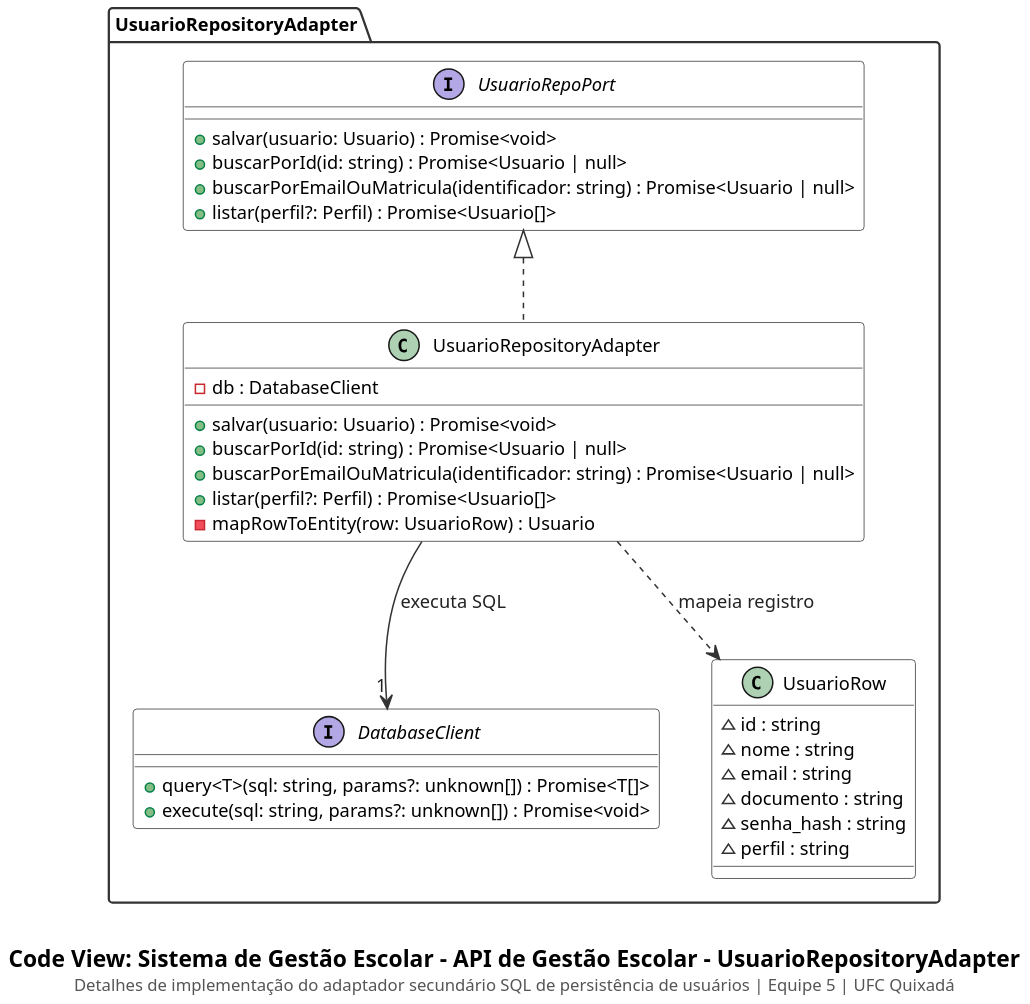
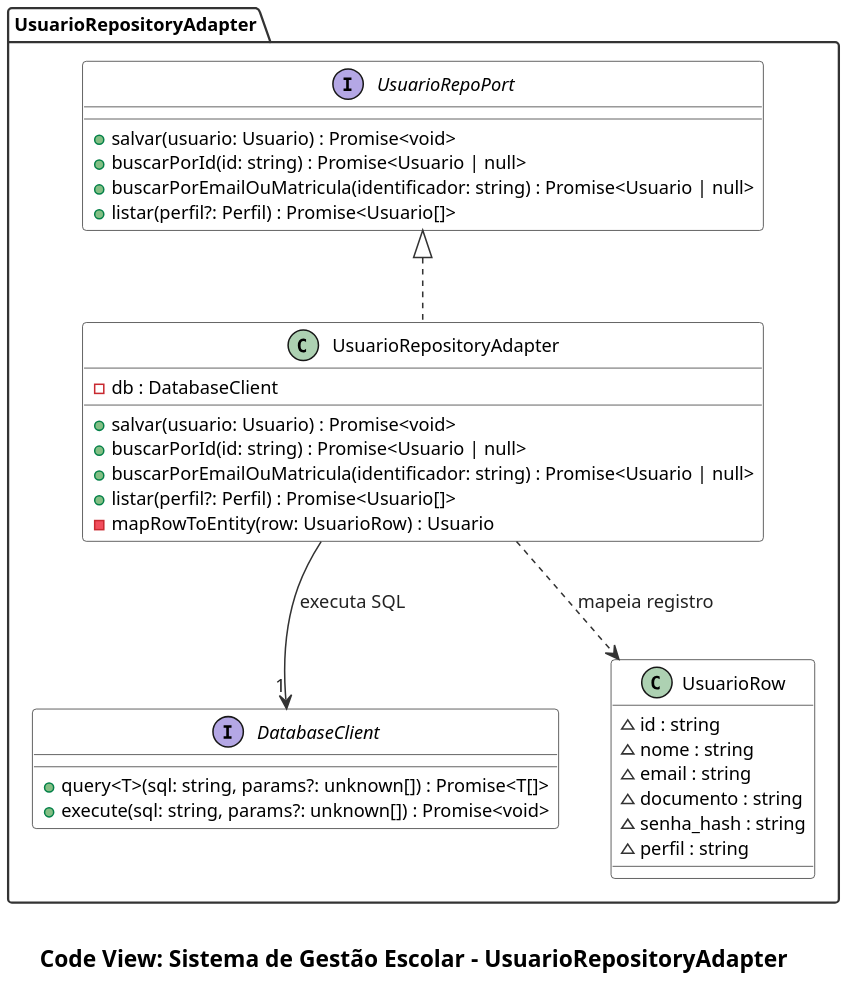
One commit to cicerocarnauba/sistema-gestao-escolar changed the diagram in docs/code/usuario-repository-adapter.puml. Above: the diagram before and after it, drawn with PlantUML. The commit also changed 16 other files, not shown here.

Commit message:
docs: limpa legendas/timestamp dos diagramas C4 e atualiza README

```diff
--- a/docs/code/usuario-repository-adapter.puml
+++ b/docs/code/usuario-repository-adapter.puml
@@ -1,57 +1,57 @@
 @startuml
 set separator none
 top to bottom direction
 skinparam backgroundColor #FFFFFF
 skinparam shadowing false
 skinparam dpi 180
 skinparam defaultFontName "SansSerif"
 skinparam defaultFontSize 12
 skinparam packageStyle folder
 skinparam packageBackgroundColor #FFFFFF
 skinparam packageBorderColor #333333
 skinparam packageFontStyle bold
 skinparam classBackgroundColor #FFFFFF
 skinparam classHeaderBackgroundColor #FFFFFF
 skinparam classBorderColor #333333
 skinparam arrowColor #333333
 skinparam arrowFontColor #222222
 skinparam noteBackgroundColor #FAFAFA
 skinparam noteBorderColor #666666
 
 package "UsuarioRepositoryAdapter" as pkg_usuario_repository_adapter {
     interface UsuarioRepoPort {
         + salvar(usuario: Usuario) : Promise<void>
         + buscarPorId(id: string) : Promise<Usuario | null>
         + buscarPorEmailOuMatricula(identificador: string) : Promise<Usuario | null>
         + listar(perfil?: Perfil) : Promise<Usuario[]>
     }
 
     class UsuarioRepositoryAdapter implements UsuarioRepoPort {
         - db : DatabaseClient
         + salvar(usuario: Usuario) : Promise<void>
         + buscarPorId(id: string) : Promise<Usuario | null>
         + buscarPorEmailOuMatricula(identificador: string) : Promise<Usuario | null>
         + listar(perfil?: Perfil) : Promise<Usuario[]>
         - mapRowToEntity(row: UsuarioRow) : Usuario
     }
 
     interface DatabaseClient {
         + query<T>(sql: string, params?: unknown[]) : Promise<T[]>
         + execute(sql: string, params?: unknown[]) : Promise<void>
     }
 
     class UsuarioRow {
         ~ id : string
         ~ nome : string
         ~ email : string
         ~ documento : string
         ~ senha_hash : string
         ~ perfil : string
     }
 
     UsuarioRepositoryAdapter --> "1" DatabaseClient : executa SQL
     UsuarioRepositoryAdapter ..> UsuarioRow : mapeia registro
 }
 
-caption \n<size:15><b>Code View: Sistema de Gestão Escolar - API de Gestão Escolar - UsuarioRepositoryAdapter</b></size>\n<size:11><color:#555555>Detalhes de implementação do adaptador secundário SQL de persistência de usuários | Equipe 5 | UFC Quixadá</color></size>
+caption \n<size:15><b>Code View: Sistema de Gestão Escolar - UsuarioRepositoryAdapter</b></size>
 @enduml
```
